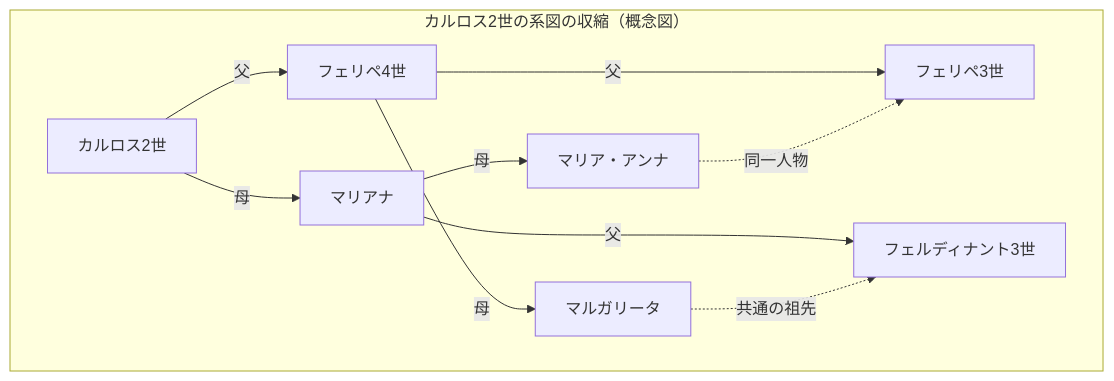
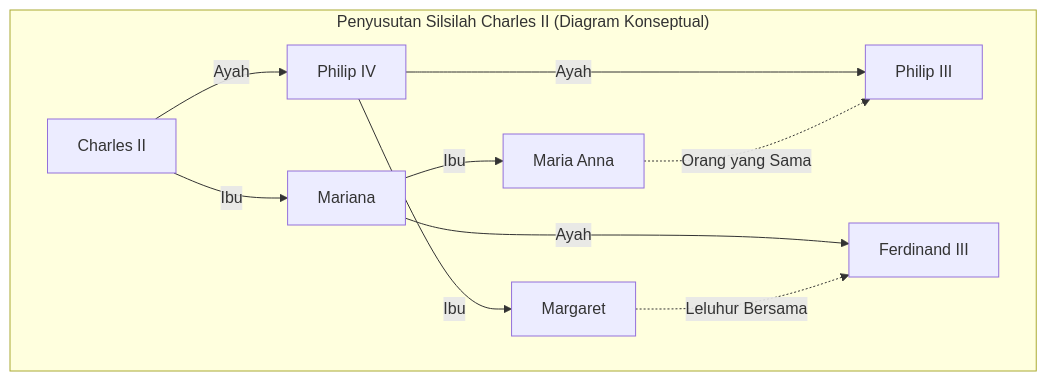
One commit to kenjinote/blog changed the third of 3 diagrams in content/post/pedigree-collapse/index.id.md. Above: the diagram before and after it, drawn with Mermaid. The commit also changed other lines of this file and 28 other files, not shown here.

Commit message:
Translate Japanese text inside Mermaid diagrams to respective languages

````diff
--- a/content/post/pedigree-collapse/index.id.md
+++ b/content/post/pedigree-collapse/index.id.md
@@ -112,14 +112,14 @@
 ```mermaid
 graph TD
-    subgraph "カルロス2世の系図の収縮（概念図）"
-        C["カルロス2世"] -->|"父"| F1["フェリペ4世"]
-        C -->|"母"| M1["マリアナ"]
-        F1 -->|"父"| F2["フェリペ3世"]
-        F1 -->|"母"| M2["マルガリータ"]
-        M1 -->|"父"| F3["フェルディナント3世"]
-        M1 -->|"母"| M3["マリア・アンナ"]
+    subgraph "Penyusutan Silsilah Charles II (Diagram Konseptual)"
+        C["Charles II"] -->|"Ayah"| F1["Philip IV"]
+        C -->|"Ibu"| M1["Mariana"]
+        F1 -->|"Ayah"| F2["Philip III"]
+        F1 -->|"Ibu"| M2["Margaret"]
+        M1 -->|"Ayah"| F3["Ferdinand III"]
+        M1 -->|"Ibu"| M3["Maria Anna"]
         
-        M3 -.->|"同一人物"| F2
-        M2 -.->|"共通の祖先"| F3
+        M3 -.->|"Orang yang Sama"| F2
+        M2 -.->|"Leluhur Bersama"| F3
     end
 ```
````
